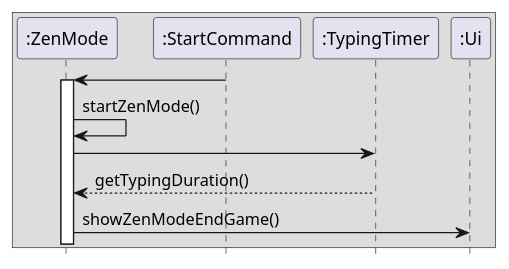
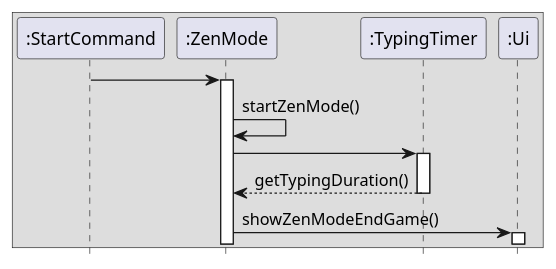
Before and after one commit to AY2425S2-CS2113-F13-2/tp: the diagram in docs/diagrams/ZenModeSequenceDiagram.puml, drawn with PlantUML. The commit also changed 17 other files, not shown here.

```diff
--- a/docs/diagrams/ZenModeSequenceDiagram.puml
+++ b/docs/diagrams/ZenModeSequenceDiagram.puml
@@ -1,20 +1,20 @@
 @startuml
 'https://plantuml.com/sequence-diagram
 hide footbox
 
+
 box
+participant ":StartCommand" as StartCommand
 participant ":ZenMode" as ZenMode
-participant ":StartCommand" as StartCommand
-participant ":StartCommand" as StartCommand
 participant ":TypingTimer" as TypingTimer
 participant ":Ui" as Ui
 
 StartCommand -> ZenMode
 activate ZenMode
 ZenMode -> ZenMode: startZenMode()
-ZenMode -> TypingTimer
-TypingTimer --> ZenMode: getTypingDuration()
-ZenMode -> Ui : showZenModeEndGame()
+ZenMode -> TypingTimer ++
+return getTypingDuration()
+ZenMode -> Ui ++ : showZenModeEndGame()
 
 end box
 @enduml
```
